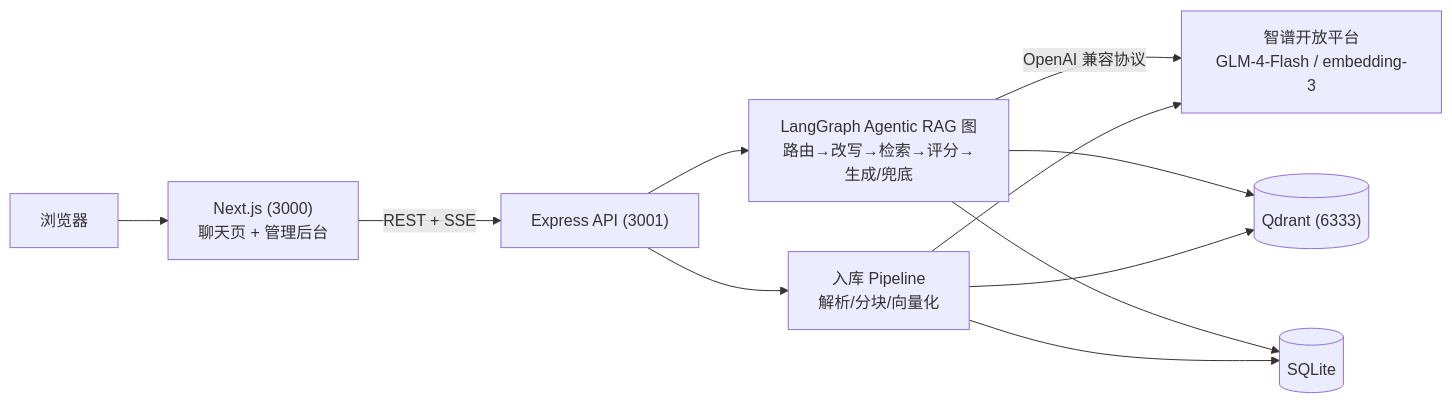
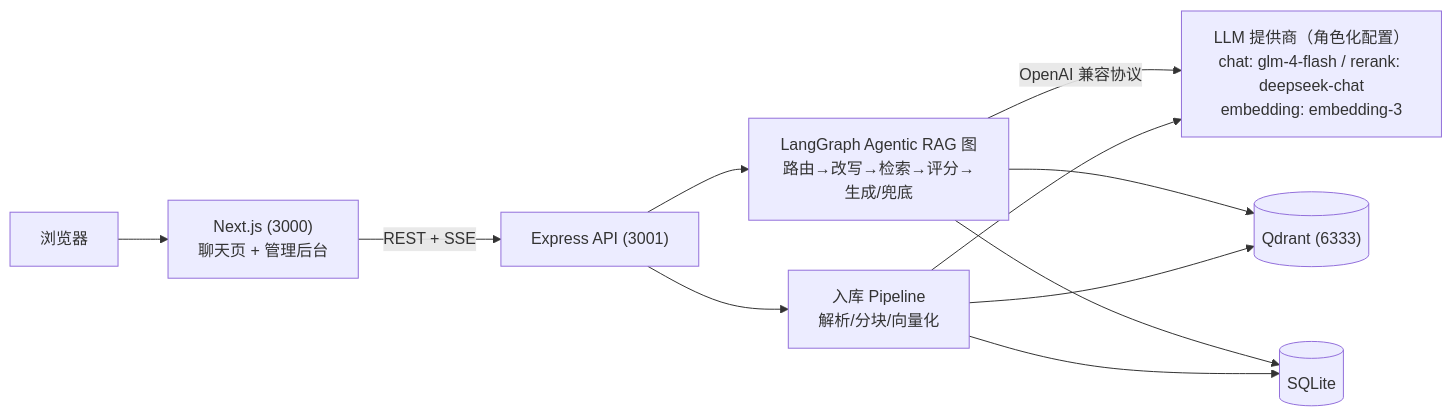
Before and after one commit to liangyue2019/rag-agent: the diagram in docs/modules/README.md, drawn with Mermaid. The commit also changed other lines of this file and 5 other files, not shown here.

Commit message:
docs: 模块文档同步 LLM 角色化配置（env 表/工厂/已知坑/README 架构图）

````diff
--- a/docs/modules/README.md
+++ b/docs/modules/README.md
@@ -7,13 +7,13 @@
 ```mermaid
 flowchart LR
     Browser["浏览器"] --> Web["Next.js (3000)<br/>聊天页 + 管理后台"]
     Web -->|REST + SSE| Server["Express API (3001)"]
     Server --> Graph["LangGraph Agentic RAG 图<br/>路由→改写→检索→评分→生成/兜底"]
     Server --> Ingest["入库 Pipeline<br/>解析/分块/向量化"]
-    Graph -->|OpenAI 兼容协议| LLM["智谱开放平台<br/>GLM-4-Flash / embedding-3"]
+    Graph -->|OpenAI 兼容协议| LLM["LLM 提供商（角色化配置）<br/>chat: glm-4-flash / rerank: deepseek-chat<br/>embedding: embedding-3"]
     Graph --> QD[("Qdrant (6333)")]
     Graph --> SQL[("SQLite")]
     Ingest --> QD
     Ingest --> SQL
     Ingest --> LLM
 ```
````
